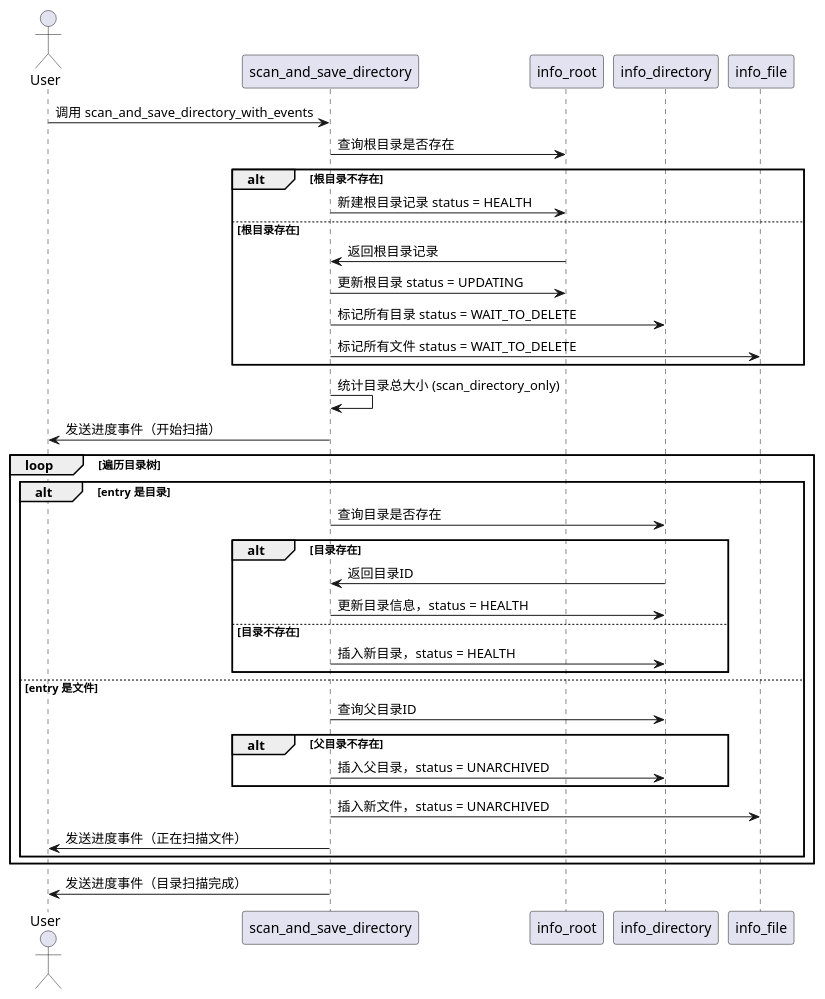
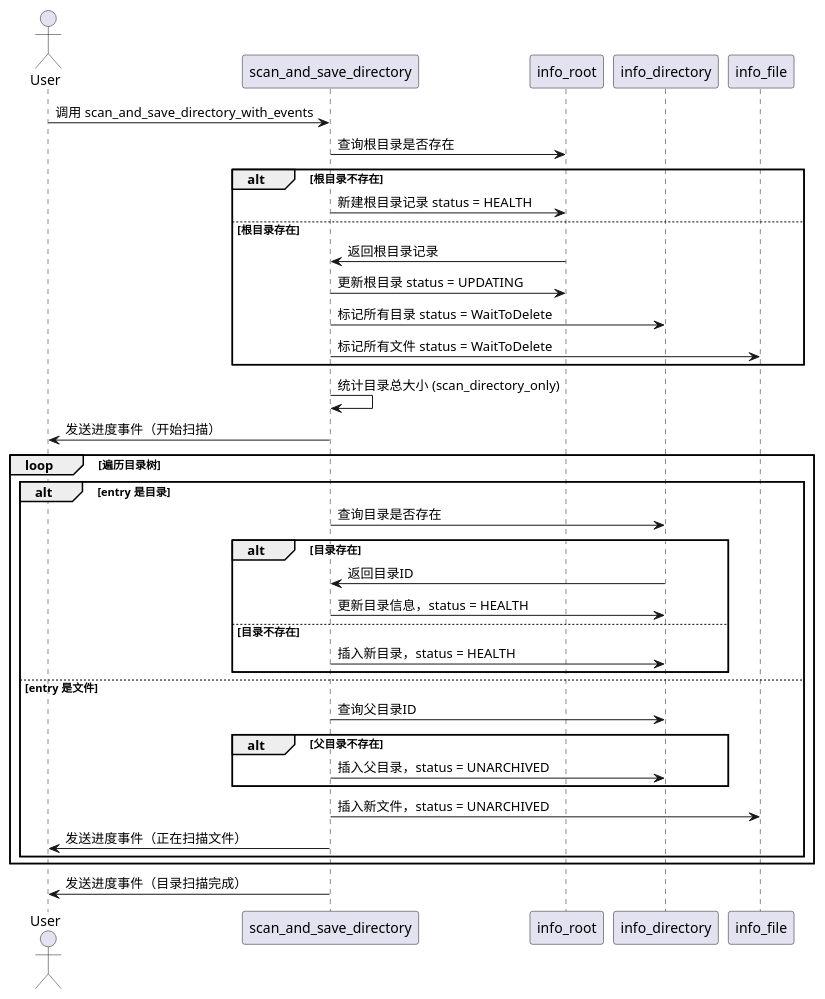
Before and after one commit to cc01cc/OneArchive: the second of 2 diagrams in tauri/README.md, drawn with PlantUML. The commit also changed 40 other files, not shown here.

````diff
--- a/tauri/README.md
+++ b/tauri/README.md
@@ -90,45 +90,45 @@
 ```plantuml
 @startuml
 actor User
 participant "scan_and_save_directory" as Service
 participant "info_root" as Root
 participant "info_directory" as Dir
 participant "info_file" as File
 
 User -> Service: 调用 scan_and_save_directory_with_events
 
 Service -> Root: 查询根目录是否存在
 alt 根目录不存在
     Service -> Root: 新建根目录记录 status = HEALTH
 else 根目录存在
     Root -> Service: 返回根目录记录
     Service -> Root: 更新根目录 status = UPDATING
-    Service -> Dir: 标记所有目录 status = WAIT_TO_DELETE
-    Service -> File: 标记所有文件 status = WAIT_TO_DELETE
+    Service -> Dir: 标记所有目录 status = WaitToDelete
+    Service -> File: 标记所有文件 status = WaitToDelete
 end
 
 Service -> Service: 统计目录总大小 (scan_directory_only)
 Service -> User: 发送进度事件（开始扫描）
 
 loop 遍历目录树
     alt entry 是目录
         Service -> Dir: 查询目录是否存在
         alt 目录存在
             Dir -> Service: 返回目录ID
             Service -> Dir: 更新目录信息，status = HEALTH
         else 目录不存在
             Service -> Dir: 插入新目录，status = HEALTH
         end
     else entry 是文件
         Service -> Dir: 查询父目录ID
         alt 父目录不存在
             Service -> Dir: 插入父目录，status = UNARCHIVED
         end
         Service -> File: 插入新文件，status = UNARCHIVED
         Service -> User: 发送进度事件（正在扫描文件）
     end
 end
 
 Service -> User: 发送进度事件（目录扫描完成）
 @enduml
 ```
````
